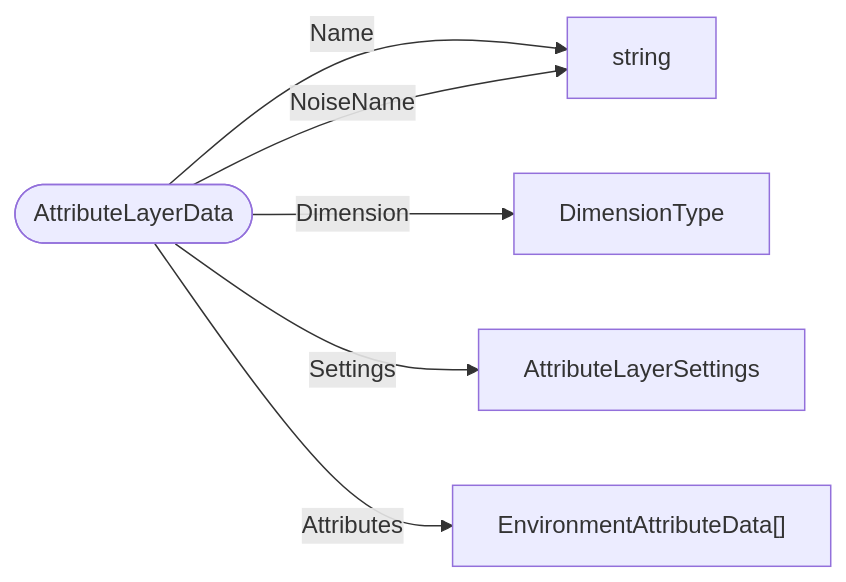
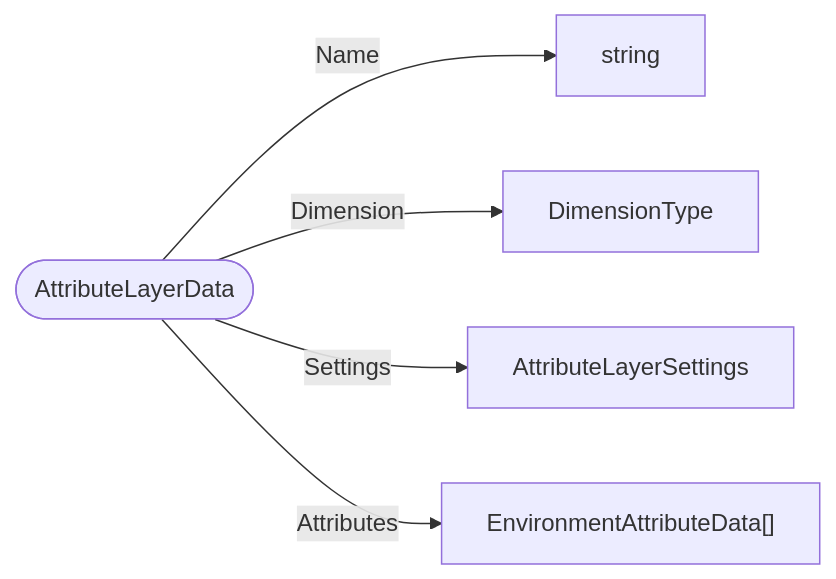
Before and after one commit to bedrock-v/protocol-docs: the diagram in schemas/types/AttributeLayerData.md, drawn with Mermaid. The commit also changed 77 other files, not shown here.

````diff
--- a/schemas/types/AttributeLayerData.md
+++ b/schemas/types/AttributeLayerData.md
@@ -5,9 +5,8 @@
 ```mermaid
 flowchart LR
   ROOT(["AttributeLayerData"])
   ROOT -->|"Name"| string["string"]
-  ROOT -->|"NoiseName"| string["string"]
   ROOT -->|"Dimension"| DimensionType["DimensionType"]
   ROOT -->|"Settings"| AttributeLayerSettings["AttributeLayerSettings"]
   ROOT -->|"Attributes"| EnvironmentAttributeData["EnvironmentAttributeData[]"]
 ```
````
